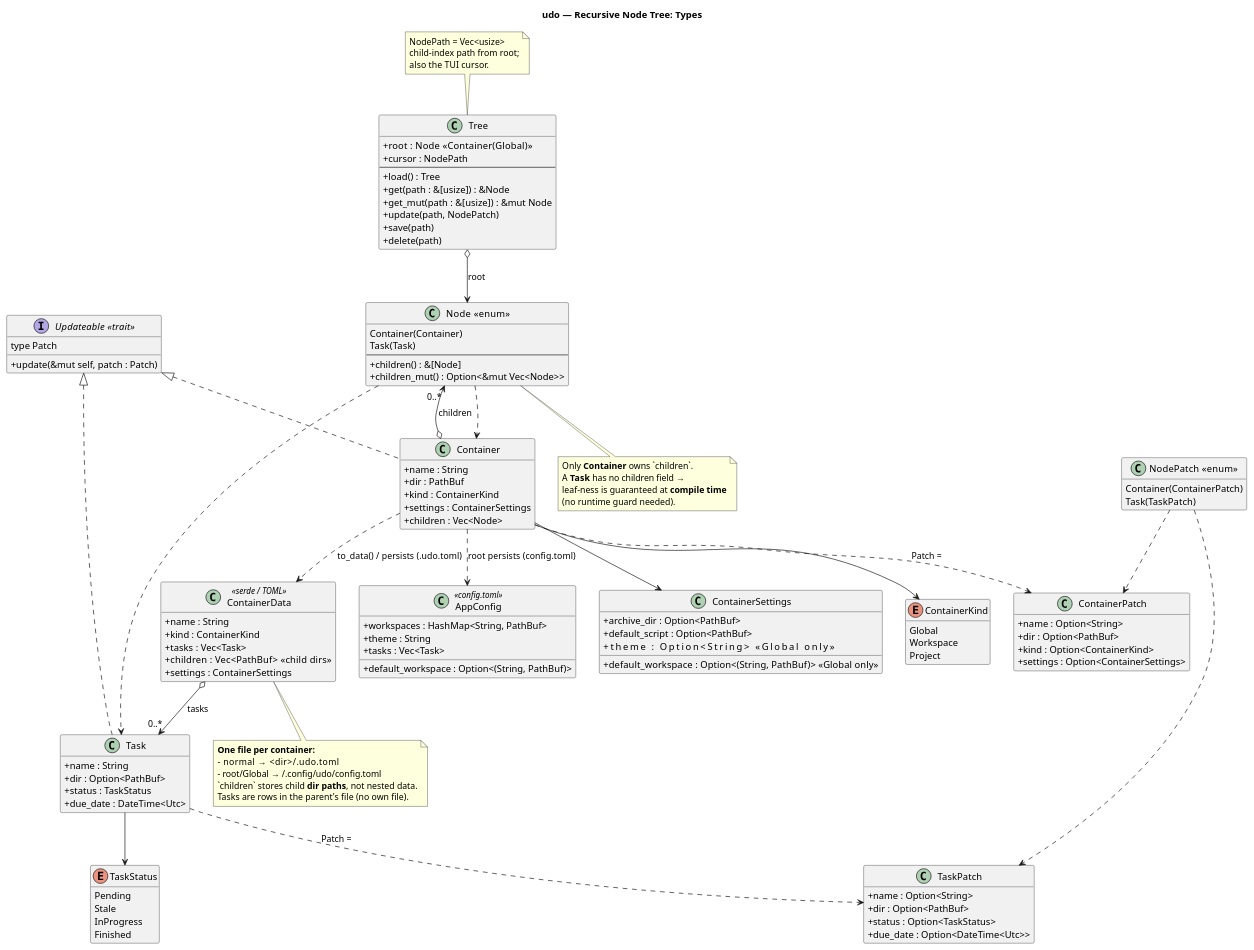
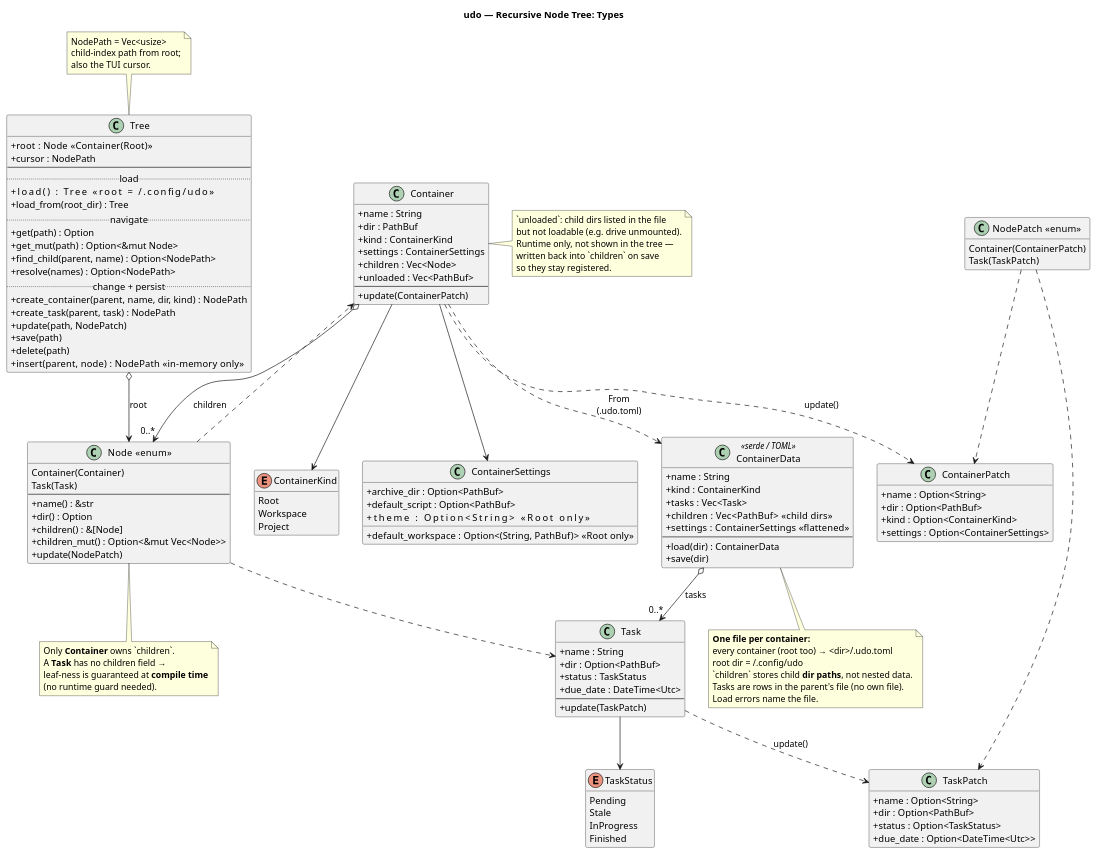
Before and after one commit to jqyDee/udo: the diagram in docs/tree/01-types.puml, drawn with PlantUML. The commit also changed 13 other files, not shown here.

```diff
--- a/docs/tree/01-types.puml
+++ b/docs/tree/01-types.puml
@@ -1,145 +1,159 @@
 @startuml
 title udo — Recursive Node Tree: Types
 
 hide empty members
 skinparam classAttributeIconSize 0
 
 ' ---------- in-memory tree ----------
 class Tree {
-  + root : Node   <<Container(Global)>>
+  + root : Node   <<Container(Root)>>
   + cursor : NodePath
   --
-  + load() : Tree
-  + get(path : &[usize]) : &Node
-  + get_mut(path : &[usize]) : &mut Node
+  .. load ..
+  + load() : Tree                      <<root = ~/.config/udo>>
+  + load_from(root_dir) : Tree
+  .. navigate ..
+  + get(path) : Option<&Node>
+  + get_mut(path) : Option<&mut Node>
+  + find_child(parent, name) : Option<NodePath>
+  + resolve(names) : Option<NodePath>
+  .. change + persist ..
+  + create_container(parent, name, dir, kind) : NodePath
+  + create_task(parent, task) : NodePath
   + update(path, NodePatch)
   + save(path)
   + delete(path)
+  + insert(parent, node) : NodePath    <<in-memory only>>
 }
 
 note top of Tree
   NodePath = Vec<usize>
   child-index path from root;
   also the TUI cursor.
 end note
 
 class "Node  <<enum>>" as Node {
   Container(Container)
   Task(Task)
   --
+  + name() : &str
+  + dir() : Option<&Path>
   + children() : &[Node]
   + children_mut() : Option<&mut Vec<Node>>
+  + update(NodePatch)
 }
 
 class Container {
   + name : String
   + dir : PathBuf
   + kind : ContainerKind
   + settings : ContainerSettings
   + children : Vec<Node>
+  + unloaded : Vec<PathBuf>
+  --
+  + update(ContainerPatch)
 }
 
 class Task {
   + name : String
   + dir : Option<PathBuf>
   + status : TaskStatus
   + due_date : DateTime<Utc>
+  --
+  + update(TaskPatch)
 }
 
 enum ContainerKind {
-  Global
+  Root
   Workspace
   Project
 }
 
 enum TaskStatus {
   Pending
   Stale
   InProgress
   Finished
 }
 
 class ContainerSettings {
   + archive_dir : Option<PathBuf>
   + default_script : Option<PathBuf>
-  + theme : Option<String>                          <<Global only>>
-  + default_workspace : Option<(String, PathBuf)>   <<Global only>>
+  + theme : Option<String>                          <<Root only>>
+  + default_workspace : Option<(String, PathBuf)>   <<Root only>>
 }
 
 ' ---------- update / patch ----------
-interface "Updateable  <<trait>>" as Updateable {
-  type Patch
-  + update(&mut self, patch : Patch)
-}
-
 class "NodePatch  <<enum>>" as NodePatch {
   Container(ContainerPatch)
   Task(TaskPatch)
 }
 
 class ContainerPatch {
   + name : Option<String>
   + dir : Option<PathBuf>
   + kind : Option<ContainerKind>
   + settings : Option<ContainerSettings>
 }
 
 class TaskPatch {
   + name : Option<String>
   + dir : Option<PathBuf>
   + status : Option<TaskStatus>
   + due_date : Option<DateTime<Utc>>
 }
 
-' ---------- persistence DTOs ----------
+' ---------- persistence DTO ----------
 class ContainerData <<serde / TOML>> {
   + name : String
   + kind : ContainerKind
   + tasks : Vec<Task>
   + children : Vec<PathBuf>   <<child dirs>>
-  + settings : ContainerSettings
-}
-
-class AppConfig <<config.toml>> {
-  + workspaces : HashMap<String, PathBuf>
-  + default_workspace : Option<(String, PathBuf)>
-  + theme : String
-  + tasks : Vec<Task>
+  + settings : ContainerSettings   <<flattened>>
+  --
+  + load(dir) : ContainerData
+  + save(dir)
 }
 
 ' ---------- relationships ----------
 Tree o--> Node : root
 Node ..> Container
 Node ..> Task
 Container o--> "0..*" Node : children
 Container --> ContainerKind
 Container --> ContainerSettings
 Task --> TaskStatus
 
-Updateable <|.. Container
-Updateable <|.. Task
 NodePatch ..> ContainerPatch
 NodePatch ..> TaskPatch
-Container ..> ContainerPatch : Patch =
-Task ..> TaskPatch : Patch =
+Container ..> ContainerPatch : update()
+Task ..> TaskPatch : update()
 
-Container ..> ContainerData : to_data() / persists  (.udo.toml)
+Container ..> ContainerData : From<&Container>\n(.udo.toml)
 ContainerData o--> "0..*" Task : tasks
-Container ..> AppConfig : root persists  (config.toml)
 
 note bottom of Node
   Only **Container** owns `children`.
   A **Task** has no children field →
   leaf-ness is guaranteed at **compile time**
   (no runtime guard needed).
 end note
 
+note right of Container
+  `unloaded`: child dirs listed in the file
+  but not loadable (e.g. drive unmounted).
+  Runtime only, not shown in the tree —
+  written back into `children` on save
+  so they stay registered.
+end note
+
 note bottom of ContainerData
   **One file per container:**
-  - normal      → <dir>/.udo.toml
-  - root/Global → ~/.config/udo/config.toml
+  every container (root too) → <dir>/.udo.toml
+  root dir = ~/.config/udo
   `children` stores child **dir paths**, not nested data.
   Tasks are rows in the parent's file (no own file).
+  Load errors name the file.
 end note
 
 @enduml
```
